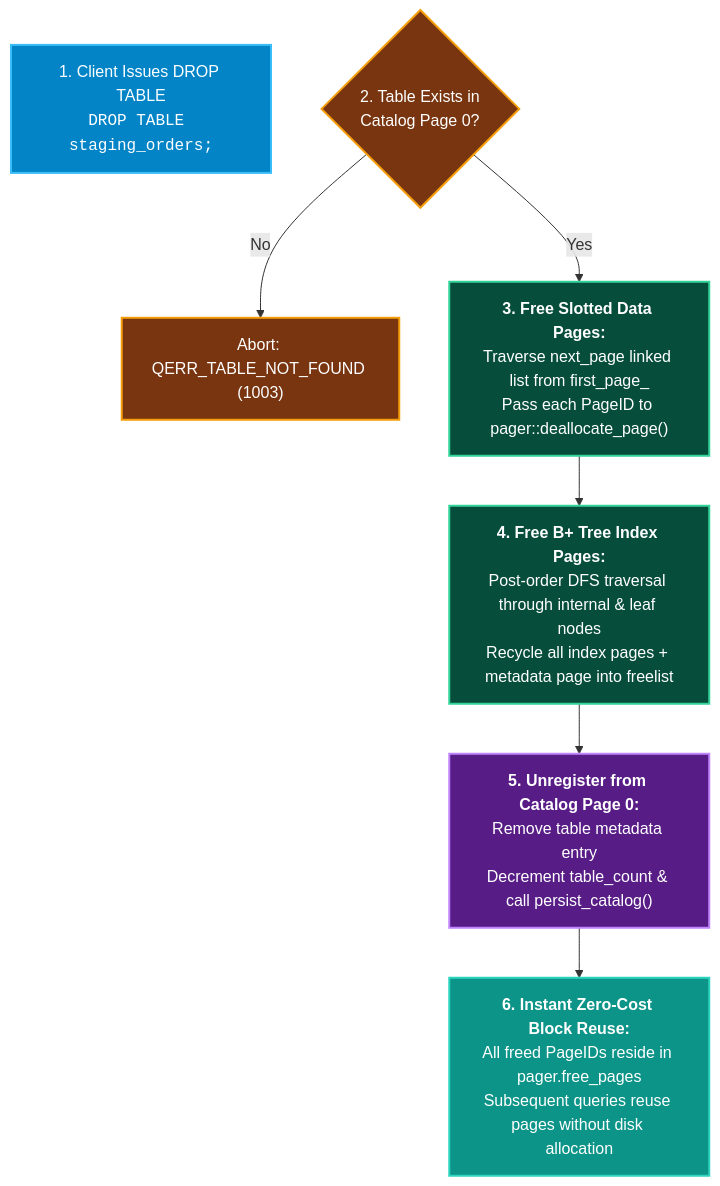
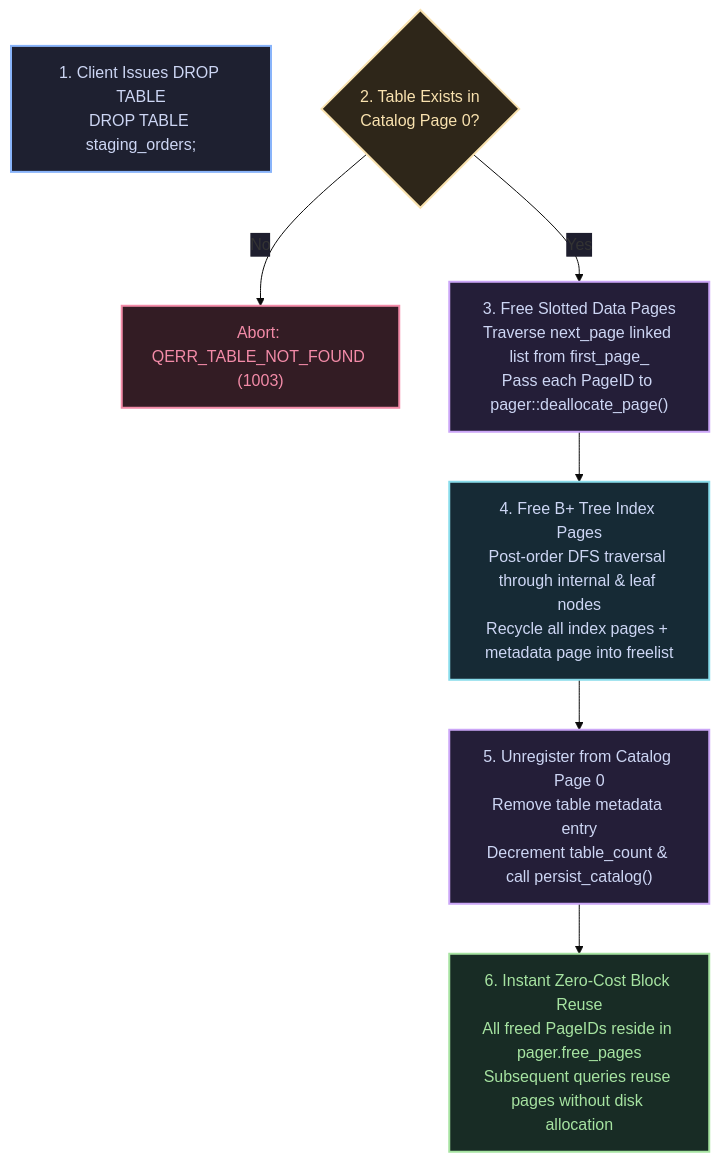
One commit to KAAZamapiloT/QUARTZ_DB changed the diagram in docs/sql/statements/drop-table.md. Above: the diagram before and after it, drawn with Mermaid. The commit also changed 18 other files, not shown here.

````diff
--- a/docs/sql/statements/drop-table.md
+++ b/docs/sql/statements/drop-table.md
@@ -34,21 +34,22 @@
 ```mermaid
+%%{init: {'theme': 'base', 'themeVariables': {'edgeLabelBackground': '#1e1e2e', 'tertiaryTextColor': '#cdd6f4'}}}%%
 flowchart TD
-    %% Colorful DROP TABLE flow
-    classDef stepStart fill:#0284c7,stroke:#38bdf8,stroke-width:2px,color:#ffffff;
-    classDef stepCheck fill:#78350f,stroke:#f59e0b,stroke-width:2px,color:#ffffff;
-    classDef stepFree fill:#064e3b,stroke:#34d399,stroke-width:2px,color:#ffffff;
-    classDef stepCat fill:#581c87,stroke:#c084fc,stroke-width:2px,color:#ffffff;
-    classDef stepSuccess fill:#0d9488,stroke:#2dd4bf,stroke-width:2px,color:#ffffff;
+    classDef entry fill:#1e2030,stroke:#89b4fa,stroke-width:2px,color:#cdd6f4;
+    classDef guard fill:#2e2619,stroke:#f9e2af,stroke-width:2px,color:#f9e2af;
+    classDef success fill:#182c25,stroke:#a6e3a1,stroke-width:2px,color:#a6e3a1;
+    classDef error fill:#331c24,stroke:#f38ba8,stroke-width:2px,color:#f38ba8;
+    classDef disk fill:#241e38,stroke:#cba6f7,stroke-width:2px,color:#cdd6f4;
+    classDef shared fill:#162a35,stroke:#89dceb,stroke-width:2px,color:#cdd6f4;
 
-    Start["1. Client Issues DROP TABLE<br><code>DROP TABLE staging_orders;</code>"]:::stepStart
-    FindTable{"2. Table Exists in<br>Catalog Page 0?"}:::stepCheck
-    FindTable -- "No" --> AbortFail["Abort: QERR_TABLE_NOT_FOUND (1003)"]:::stepCheck
+    Start["1. Client Issues DROP TABLE<br/>DROP TABLE staging_orders;"]:::entry
+    FindTable{"2. Table Exists in<br/>Catalog Page 0?"}:::guard
+    FindTable -- "No" --> AbortFail["Abort: QERR_TABLE_NOT_FOUND (1003)"]:::error
 
-    FindTable -- "Yes" --> FreeDataPages["<b>3. Free Slotted Data Pages:</b><br>Traverse next_page linked list from first_page_<br>Pass each PageID to pager::deallocate_page()"]:::stepFree
+    FindTable -- "Yes" --> FreeDataPages["3. Free Slotted Data Pages<br/>Traverse next_page linked list from first_page_<br/>Pass each PageID to pager::deallocate_page()"]:::disk
 
-    FreeDataPages --> FreeIndexPages["<b>4. Free B+ Tree Index Pages:</b><br>Post-order DFS traversal through internal &amp; leaf nodes<br>Recycle all index pages + metadata page into freelist"]:::stepFree
+    FreeDataPages --> FreeIndexPages["4. Free B+ Tree Index Pages<br/>Post-order DFS traversal through internal &amp; leaf nodes<br/>Recycle all index pages + metadata page into freelist"]:::shared
 
-    FreeIndexPages --> EraseCatalog["<b>5. Unregister from Catalog Page 0:</b><br>Remove table metadata entry<br>Decrement table_count &amp; call persist_catalog()"]:::stepCat
+    FreeIndexPages --> EraseCatalog["5. Unregister from Catalog Page 0<br/>Remove table metadata entry<br/>Decrement table_count &amp; call persist_catalog()"]:::disk
 
-    EraseCatalog --> PoolReady["<b>6. Instant Zero-Cost Block Reuse:</b><br>All freed PageIDs reside in pager.free_pages<br>Subsequent queries reuse pages without disk allocation"]:::stepSuccess
+    EraseCatalog --> PoolReady["6. Instant Zero-Cost Block Reuse<br/>All freed PageIDs reside in pager.free_pages<br/>Subsequent queries reuse pages without disk allocation"]:::success
 ```
````
